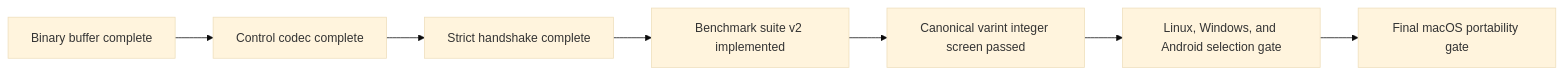
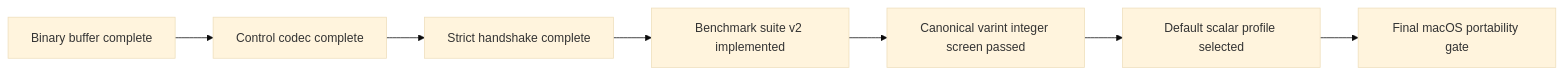
One commit to Malkverbena/TickSynchronizer changed the diagram in documentation/development/PROJECT_STATE.md. Above: the diagram before and after it, drawn with Mermaid (base theme). The commit also changed other lines of this file and 28 other files, not shown here.

````diff
--- a/documentation/development/PROJECT_STATE.md
+++ b/documentation/development/PROJECT_STATE.md
@@ -3,9 +3,9 @@
 ```mermaid
 flowchart LR
     Buffer[Binary buffer complete] --> Control[Control codec complete]
     Control --> Handshake[Strict handshake complete]
     Handshake --> Bench[Benchmark suite v2 implemented]
     Bench --> Integer[Canonical varint integer screen passed]
-    Integer --> Selection[Linux, Windows, and Android selection gate]
+    Integer --> Selection[Default scalar profile selected]
     Selection --> FinalMac[Final macOS portability gate]
 ```
````
